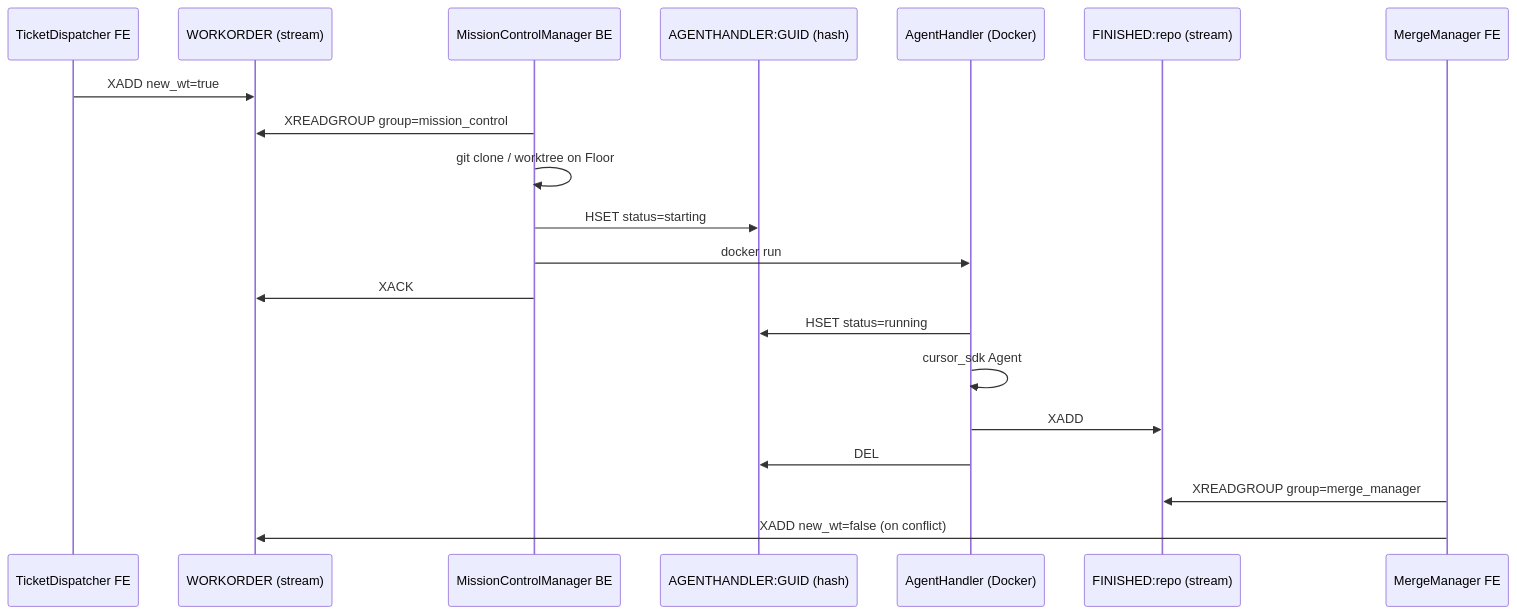
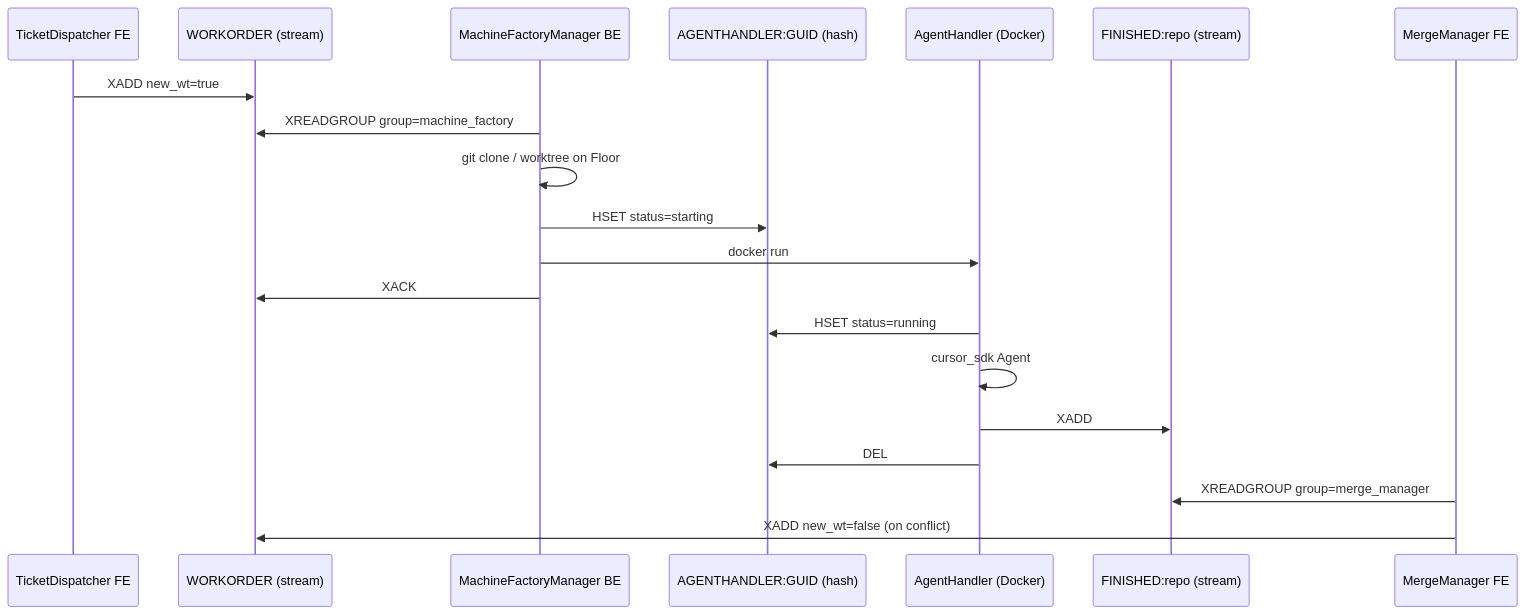
The diagram in Docs/integration_testing.md (SamJBoyer/MegaDesk), drawn with Mermaid before and after one commit. The commit also changed other lines of this file and 120 other files, not shown here.

````diff
--- a/Docs/integration_testing.md
+++ b/Docs/integration_testing.md
@@ -136,23 +136,23 @@
 ```mermaid
 sequenceDiagram
     participant TD as TicketDispatcher FE
     participant WO as WORKORDER (stream)
-    participant MC as MissionControlManager BE
+    participant MC as MachineFactoryManager BE
     participant AH as AGENTHANDLER:GUID (hash)
     participant AG as AgentHandler (Docker)
     participant FIN as FINISHED:repo (stream)
     participant MM as MergeManager FE
 
     TD->>WO: XADD new_wt=true
-    MC->>WO: XREADGROUP group=mission_control
+    MC->>WO: XREADGROUP group=machine_factory
     MC->>MC: git clone / worktree on Floor
     MC->>AH: HSET status=starting
     MC->>AG: docker run
     MC->>WO: XACK
     AG->>AH: HSET status=running
     AG->>AG: cursor_sdk Agent
     AG->>FIN: XADD
     AG->>AH: DEL
     MM->>FIN: XREADGROUP group=merge_manager
     MM->>WO: XADD new_wt=false (on conflict)
 ```
````
